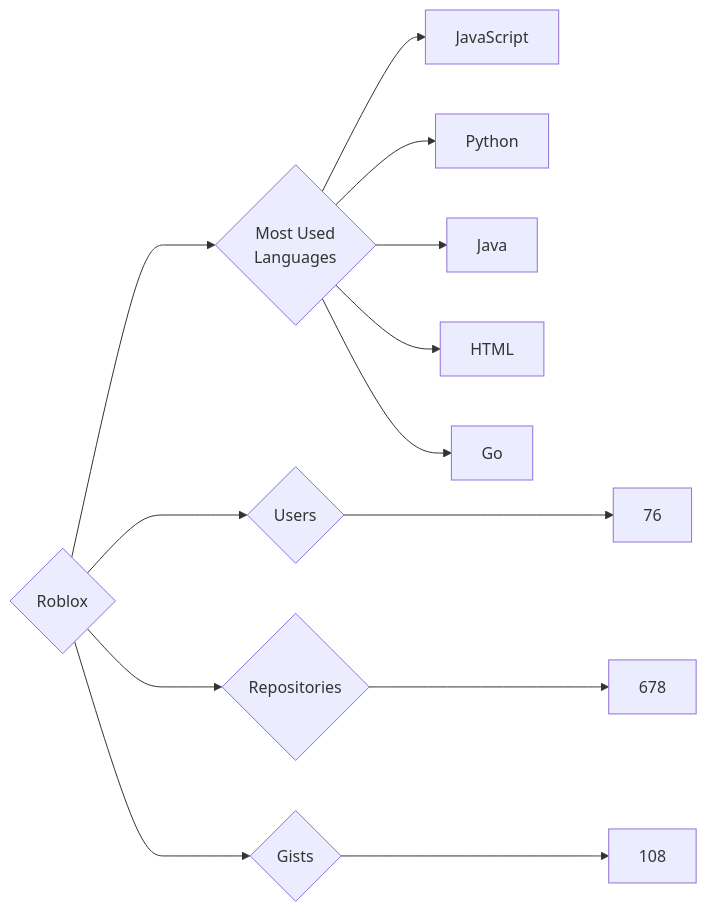
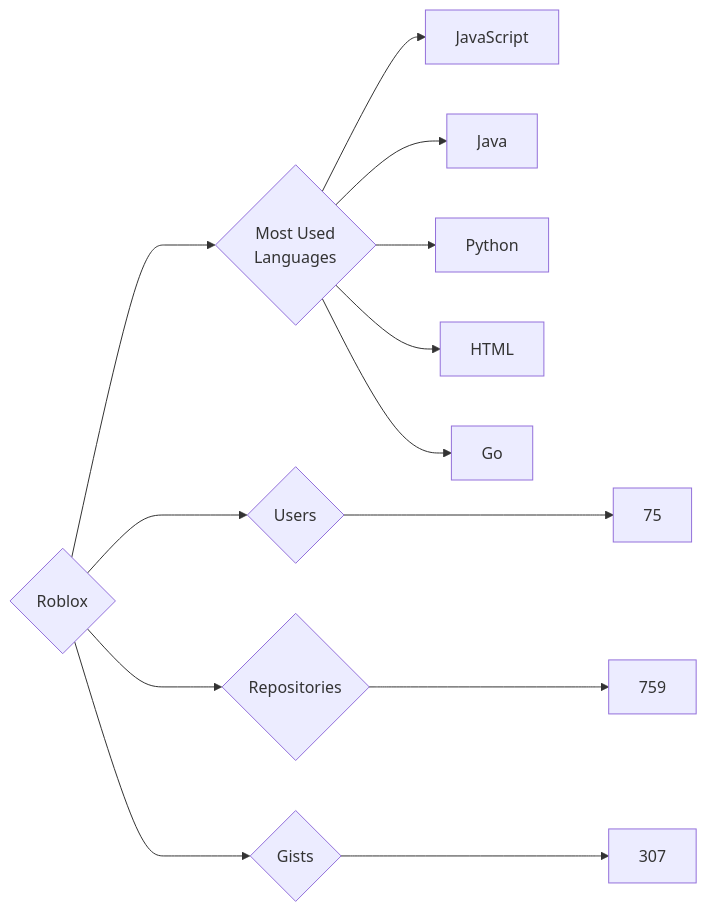
One commit to trickest/insiders changed the diagram in targets/Roblox/README.md. Above: the diagram before and after it, drawn with Mermaid. The commit also changed 953 other files, not shown here.

````diff
--- a/targets/Roblox/README.md
+++ b/targets/Roblox/README.md
@@ -3,13 +3,13 @@
 ```mermaid
 graph LR
 COMPANY_NAME{Roblox}
-COMPANY_NAME ---> U{Users} ---> UN[76]
-COMPANY_NAME ---> R{Repositories} ---> RN[678]
-COMPANY_NAME ---> G{Gists} ---> GN[108]
+COMPANY_NAME ---> U{Users} ---> UN[75]
+COMPANY_NAME ---> R{Repositories} ---> RN[759]
+COMPANY_NAME ---> G{Gists} ---> GN[307]
 COMPANY_NAME ---> ML{Most Used<br>Languages}
 ML --> JavaScript[JavaScript]
+ML --> Java[Java]
 ML --> Python[Python]
-ML --> Java[Java]
 ML --> HTML[HTML]
 ML --> Go[Go]
 ```
````
